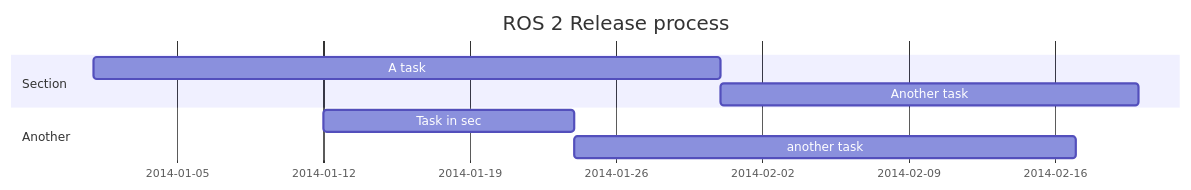
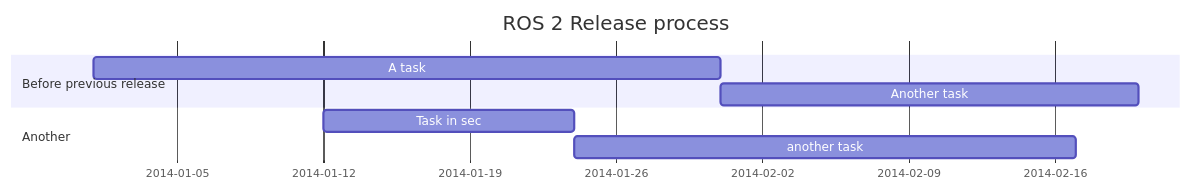
The diagram in README.md (clalancette/mermaid-test), drawn with Mermaid before and after one commit.

````diff
--- a/README.md
+++ b/README.md
@@ -2,11 +2,11 @@
 ```mermaid
 gantt
     title ROS 2 Release process
     dateFormat  YYYY-MM-DD
-    section Section
+    section Before previous release
     A task           :a1, 2014-01-01, 30d
     Another task     :after a1  , 20d
     section Another
     Task in sec      :2014-01-12  , 12d
     another task      : 24d
 ```
````
